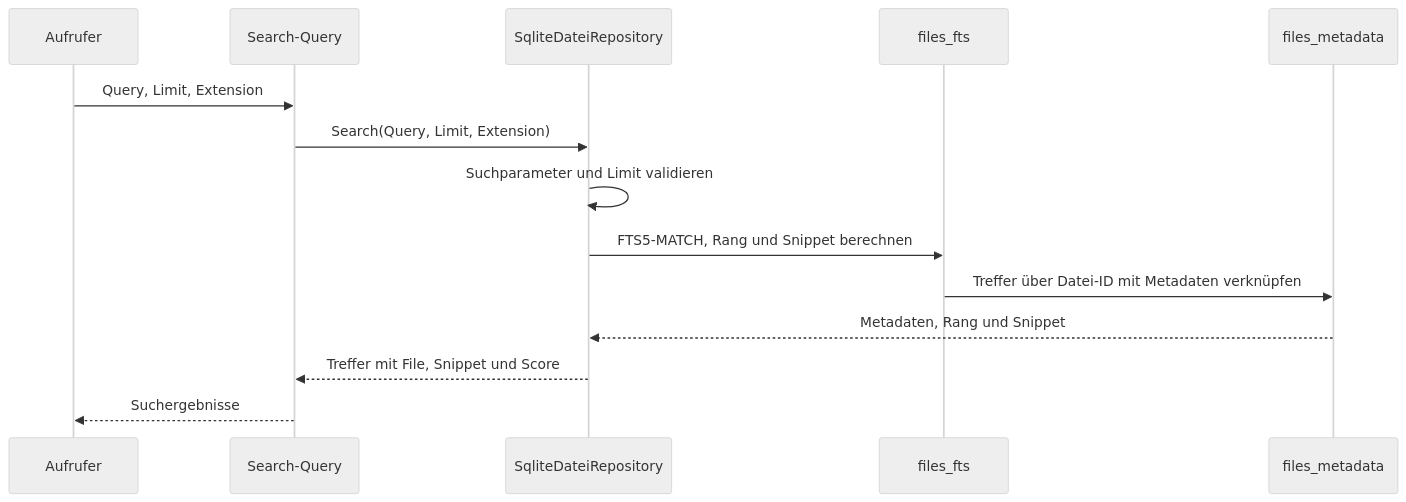
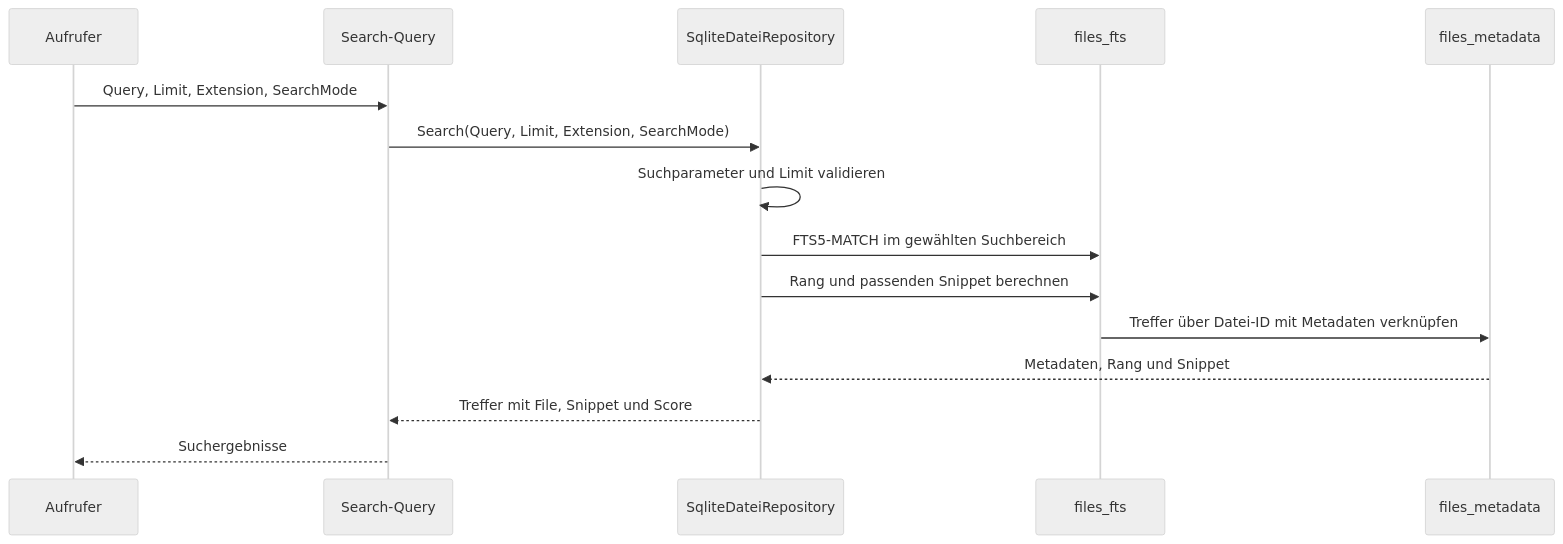
Before and after one commit to Henry-lge/PowerShell-Suchmaschine: diagram 11 of 12 in DATABASE.md, drawn with Mermaid (neutral theme). The commit also changed other lines of this file and 4 other files, not shown here.

````diff
--- a/DATABASE.md
+++ b/DATABASE.md
@@ -786,16 +810,17 @@
 ```mermaid
 sequenceDiagram
     participant Caller as Aufrufer
     participant Query as Search-Query
     participant Repo as SqliteDateiRepository
     participant FTS as files_fts
     participant Meta as files_metadata
-    Caller->>Query: Query, Limit, Extension
-    Query->>Repo: Search(Query, Limit, Extension)
+    Caller->>Query: Query, Limit, Extension, SearchMode
+    Query->>Repo: Search(Query, Limit, Extension, SearchMode)
     Repo->>Repo: Suchparameter und Limit validieren
-    Repo->>FTS: FTS5-MATCH, Rang und Snippet berechnen
+    Repo->>FTS: FTS5-MATCH im gewählten Suchbereich
+    Repo->>FTS: Rang und passenden Snippet berechnen
     FTS->>Meta: Treffer über Datei-ID mit Metadaten verknüpfen
     Meta-->>Repo: Metadaten, Rang und Snippet
     Repo-->>Query: Treffer mit File, Snippet und Score
     Query-->>Caller: Suchergebnisse
 ```
````
